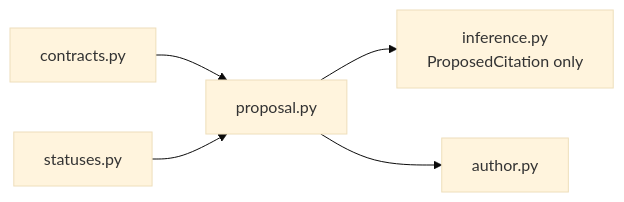
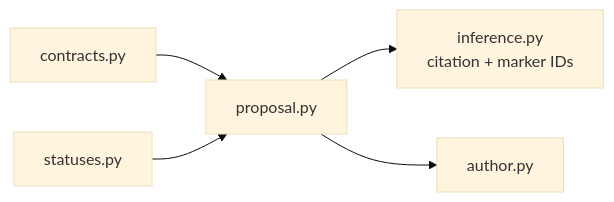
The diagram in docs/architecture/ksdft2effmass/publications/authoring/proposal/implementation.md (eragasa/ksdft2effmass), drawn with Mermaid (base theme) before and after one commit. The commit also changed other lines of this file and 71 other files, not shown here.

````diff
--- a/docs/architecture/ksdft2effmass/publications/authoring/proposal/implementation.md
+++ b/docs/architecture/ksdft2effmass/publications/authoring/proposal/implementation.md
@@ -3,7 +3,7 @@
 ```mermaid
 flowchart LR
     Contracts["contracts.py"] --> Proposal["proposal.py"]
     Statuses["statuses.py"] --> Proposal
-    Proposal --> Inference["inference.py<br/>ProposedCitation only"]
+    Proposal --> Inference["inference.py<br/>citation + marker IDs"]
     Proposal --> Author["author.py"]
 ```
````
